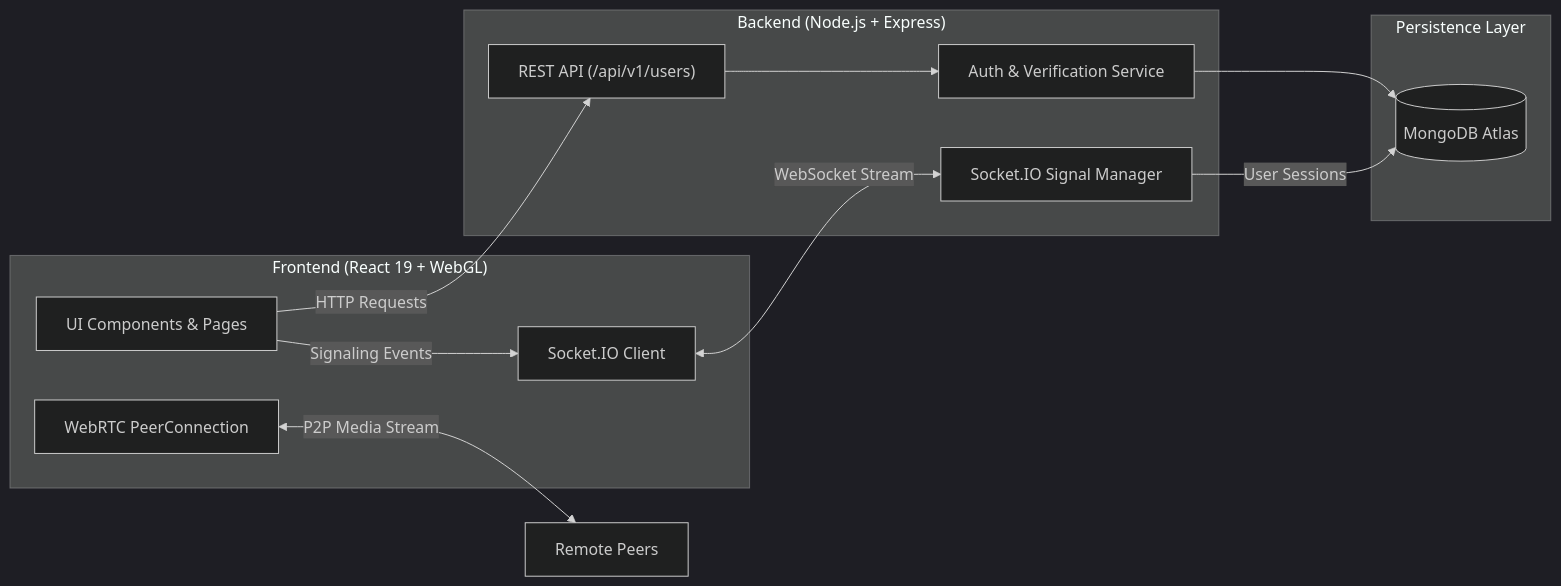
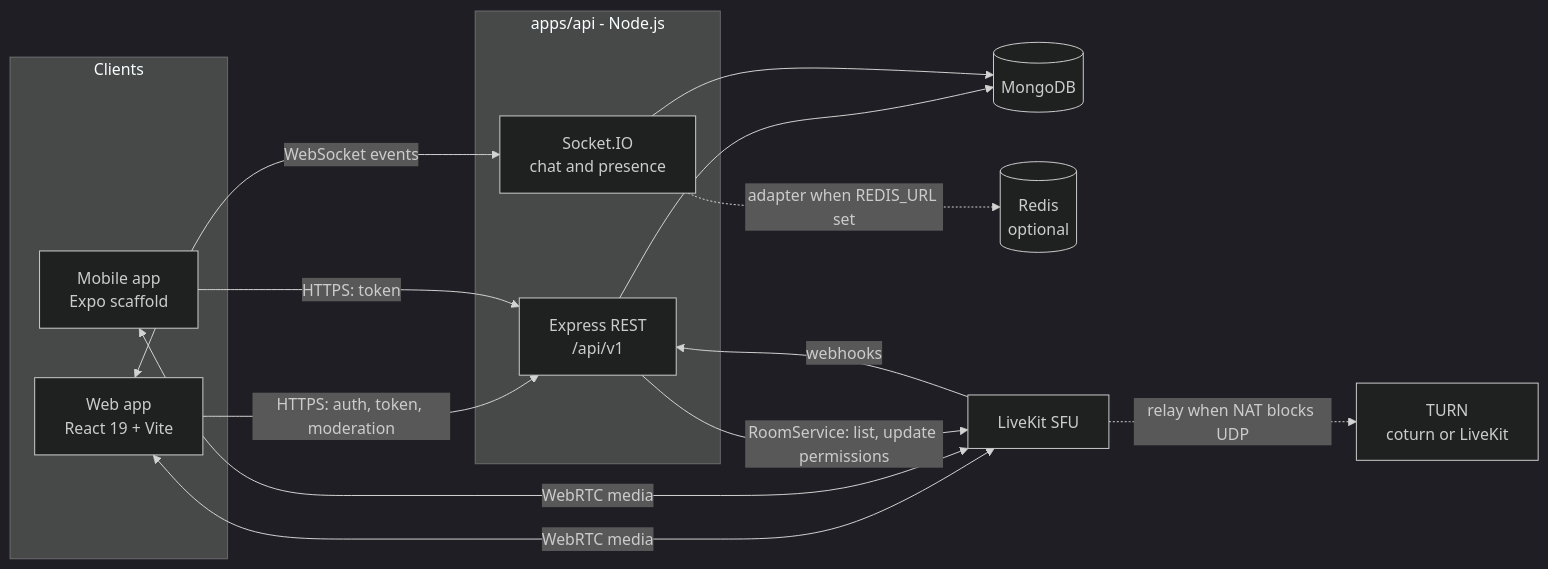
The first of 3 diagrams in README.md (aniprogramer/sangam-connect), drawn with Mermaid (dark theme) before and after one commit. The commit also changed other lines of this file and 2 other files, not shown here.

````diff
--- a/README.md
+++ b/README.md
@@ -86,26 +99,29 @@
 ```mermaid
 flowchart LR
-    subgraph Client["Frontend (React 19 + WebGL)"]
-        UI["UI Components & Pages"]
-        RTC["WebRTC PeerConnection"]
-        SC["Socket.IO Client"]
+    subgraph Clients
+        WEB["Web app<br/>React 19 + Vite"]
+        MOB["Mobile app<br/>Expo scaffold"]
     end
 
-    subgraph Server["Backend (Node.js + Express)"]
-        API["REST API (/api/v1/users)"]
-        SM["Socket.IO Signal Manager"]
-        AUTH["Auth & Verification Service"]
+    subgraph API["apps/api - Node.js"]
+        REST["Express REST<br/>/api/v1"]
+        SIO["Socket.IO<br/>chat and presence"]
     end
 
-    subgraph Data["Persistence Layer"]
-        DB[("MongoDB Atlas")]
-    end
+    DB[("MongoDB")]
+    RDS[("Redis<br/>optional")]
+    LK["LiveKit SFU"]
+    TURN["TURN<br/>coturn or LiveKit"]
 
-    UI -->|HTTP Requests| API
-    UI -->|Signaling Events| SC
-    SC <-->|WebSocket Stream| SM
-    RTC <-->|P2P Media Stream| Peers["Remote Peers"]
-    API --> AUTH
-    AUTH --> DB
-    SM -->|User Sessions| DB
+    WEB -->|"HTTPS: auth, token, moderation"| REST
+    MOB -->|"HTTPS: token"| REST
+    WEB <-->|"WebSocket events"| SIO
+    WEB <-->|"WebRTC media"| LK
+    MOB <-->|"WebRTC media"| LK
+    LK -.->|"relay when NAT blocks UDP"| TURN
+    REST --> DB
+    SIO --> DB
+    SIO -.->|"adapter when REDIS_URL set"| RDS
+    REST -->|"RoomService: list, update permissions"| LK
+    LK -->|"webhooks"| REST
 ```
````
